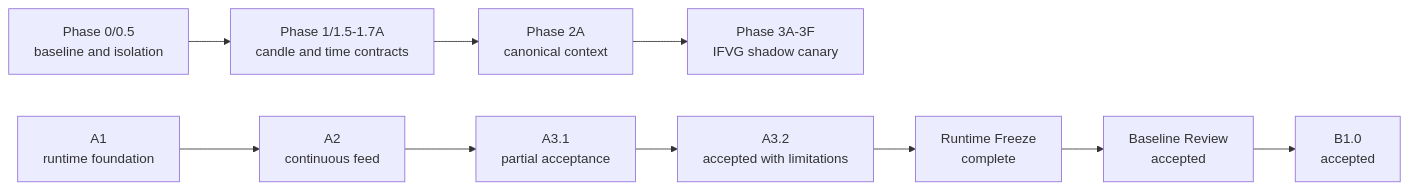
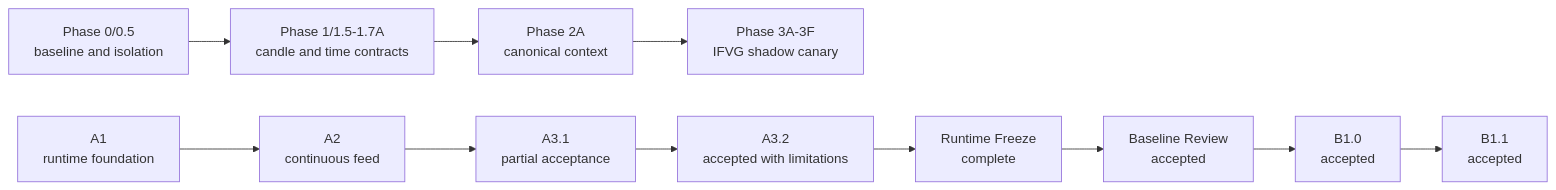
Before and after one commit to andreduval-png/gotrader-lab: the first of 2 diagrams in docs/gotrader-runtime/architecture-roadmap.md, drawn with Mermaid. The commit also changed other lines of this file and 3 other files, not shown here.

Commit message:
Advance architecture gate to B1.2

````diff
--- a/docs/gotrader-runtime/architecture-roadmap.md
+++ b/docs/gotrader-runtime/architecture-roadmap.md
@@ -49,16 +52,17 @@
 ```mermaid
 flowchart LR
   P0["Phase 0/0.5<br/>baseline and isolation"]
   P1["Phase 1/1.5-1.7A<br/>candle and time contracts"]
   P2["Phase 2A<br/>canonical context"]
   P3["Phase 3A-3F<br/>IFVG shadow canary"]
   A1["A1<br/>runtime foundation"]
   A2["A2<br/>continuous feed"]
   A31["A3.1<br/>partial acceptance"]
   A32["A3.2<br/>accepted with limitations"]
   RF["Runtime Freeze<br/>complete"]
   BR["Baseline Review<br/>accepted"]
   B10["B1.0<br/>accepted"]
+  B11["B1.1<br/>accepted"]
   P0 --> P1 --> P2 --> P3
-  A1 --> A2 --> A31 --> A32 --> RF --> BR --> B10
+  A1 --> A2 --> A31 --> A32 --> RF --> BR --> B10 --> B11
 ```
````
